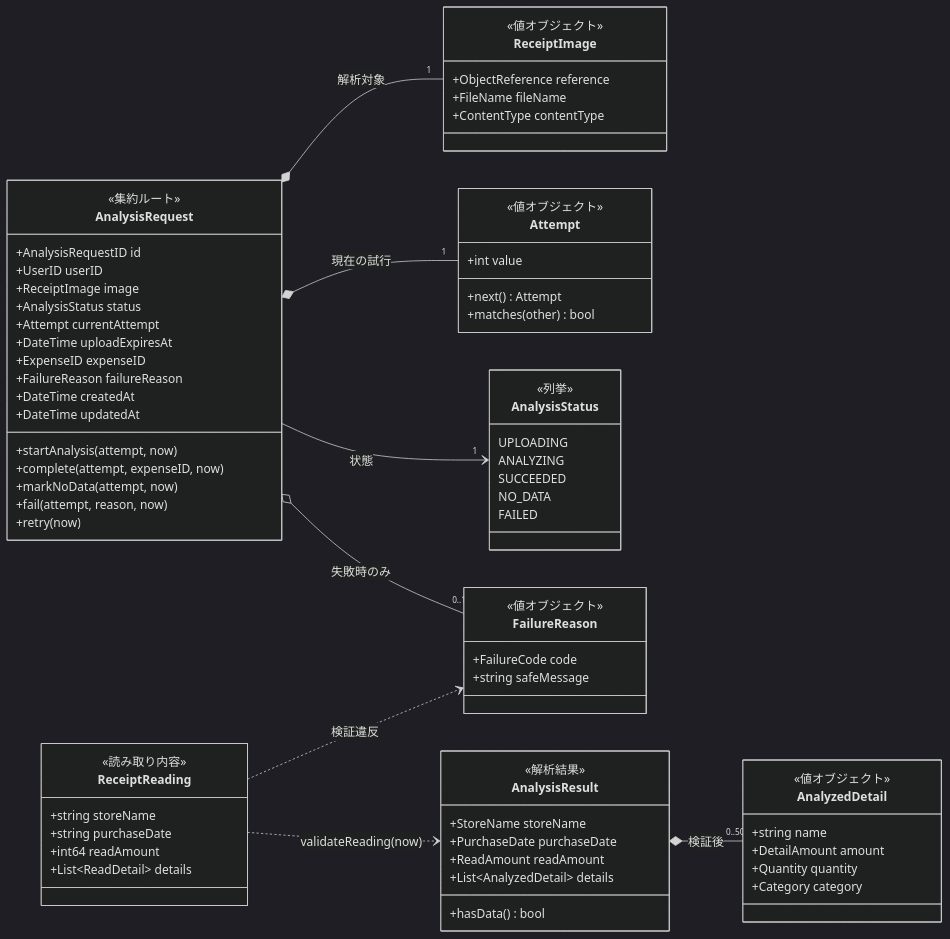
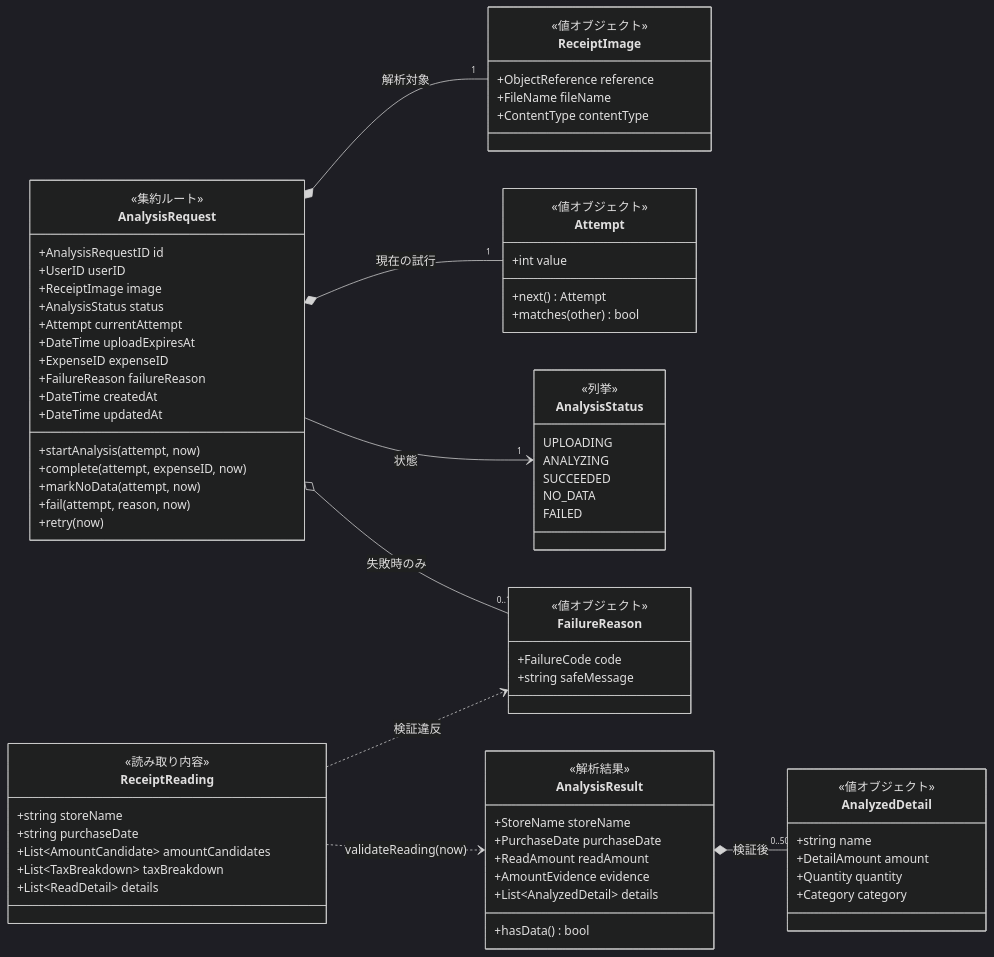
The second of 4 diagrams in docs/ddd/domain-model-diagram.md (shrimptails-f/snap_kakeibo), drawn with Mermaid (dark theme) before and after one commit. The commit also changed other lines of this file and 15 other files, not shown here.

```diff
--- a/docs/ddd/domain-model-diagram.md
+++ b/docs/ddd/domain-model-diagram.md
@@ -81,7 +81,8 @@
         <<読み取り内容>>
         +string storeName
         +string purchaseDate
-        +int64 readAmount
+        +List~AmountCandidate~ amountCandidates
+        +List~TaxBreakdown~ taxBreakdown
         +List~ReadDetail~ details
     }
 
@@ -90,6 +91,7 @@
         +StoreName storeName
         +PurchaseDate purchaseDate
         +ReadAmount readAmount
+        +AmountEvidence evidence
         +List~AnalyzedDetail~ details
         +hasData() bool
     }
```
